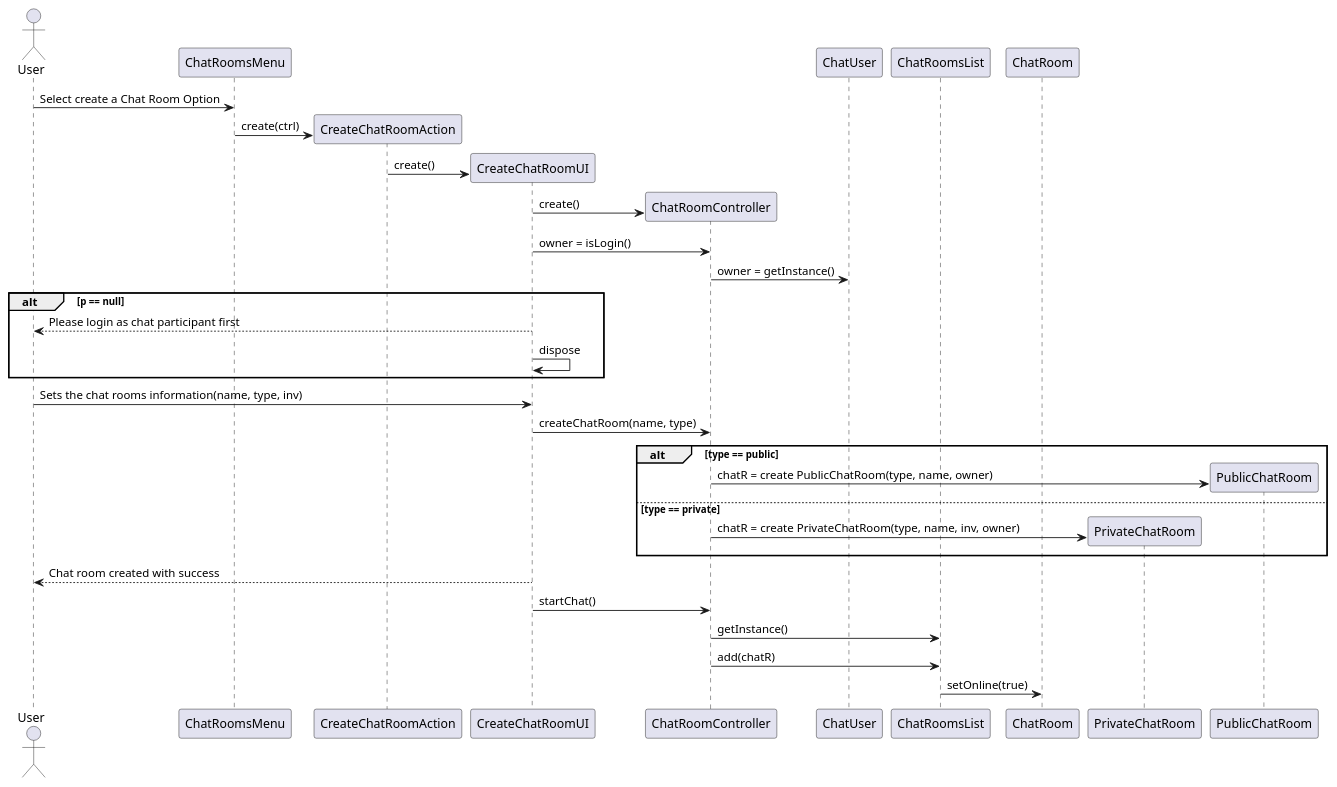
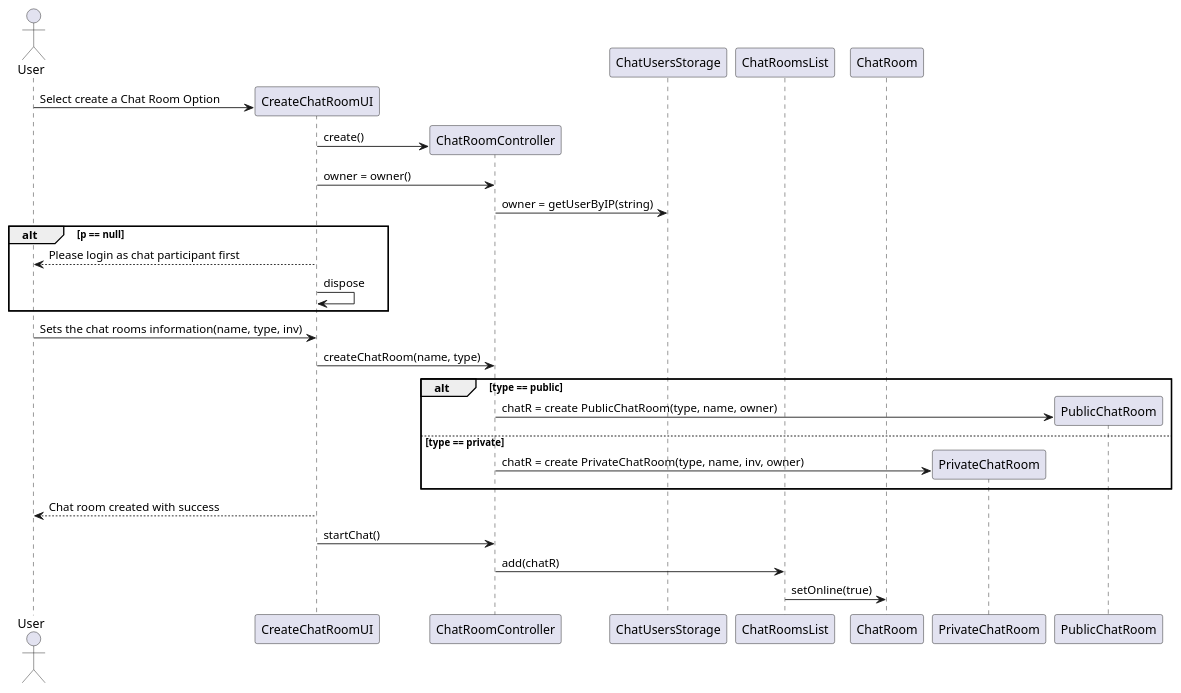
Before and after one commit to PeFerreira98/ISEP.Lic.LAPR4_2017: the diagram in src/main/java/lapr4/red/s3/ipc/n1140388/chatrooms/design_createChatRoom_ipc05.3.puml, drawn with PlantUML. The commit also changed 1 other file, not shown here.

Commit message:
LAPR4E17DL-191 #time 45m add join design; refactor create design

```diff
--- a/src/main/java/lapr4/red/s3/ipc/n1140388/chatrooms/design_createChatRoom_ipc05.3.puml
+++ b/src/main/java/lapr4/red/s3/ipc/n1140388/chatrooms/design_createChatRoom_ipc05.3.puml
@@ -1,50 +1,40 @@
 @startuml design_createChatRoom_ipc05.3.png
 actor User
-participant "ChatRoomsMenu" as menu
-participant "CreateChatRoomAction" as action
 participant "CreateChatRoomUI" as ui
 participant "ChatRoomController" as ctrl
-participant "ChatUser" as p
+participant "ChatUsersStorage" as p
 participant "ChatRoomsList" as chatRL
 participant "ChatRoom" as chatR
 participant "PrivateChatRoom" as priv
 participant "PublicChatRoom" as pub
 
-
-User -> menu : Select create a Chat Room Option
-create action
-menu -> action : create(ctrl)
-
 create ui
-action -> ui : create()
+User -> ui : Select create a Chat Room Option
 create ctrl
 ui -> ctrl: create()
 
-ui -> ctrl : owner = isLogin()
-ctrl -> p : owner = getInstance()
+ui -> ctrl : owner = owner()
+ctrl -> p : owner = getUserByIP(string)
 
 alt p == null
     User <-- ui : Please login as chat participant first
     ui -> ui : dispose
 end alt
 
 User -> ui : Sets the chat rooms information(name, type, inv)
 ui -> ctrl : createChatRoom(name, type)
 alt type == public
     create pub
     ctrl -> pub : chatR = create PublicChatRoom(type, name, owner)
 else type == private
     create priv
     ctrl -> priv : chatR = create PrivateChatRoom(type, name, inv, owner)
     
 end
 
 ui --> User : Chat room created with success
 
 ui -> ctrl : startChat()
-ctrl -> chatRL : getInstance()
 ctrl -> chatRL : add(chatR)
 chatRL -> chatR : setOnline(true)
-
-
 @enduml
```
